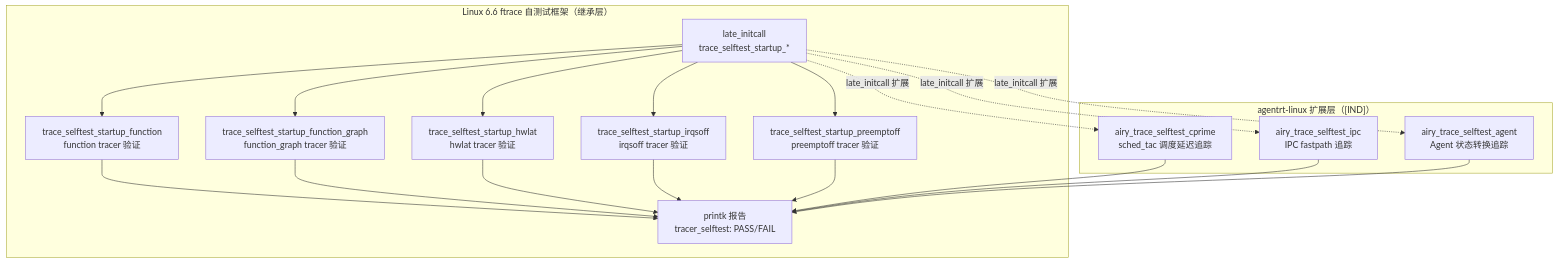
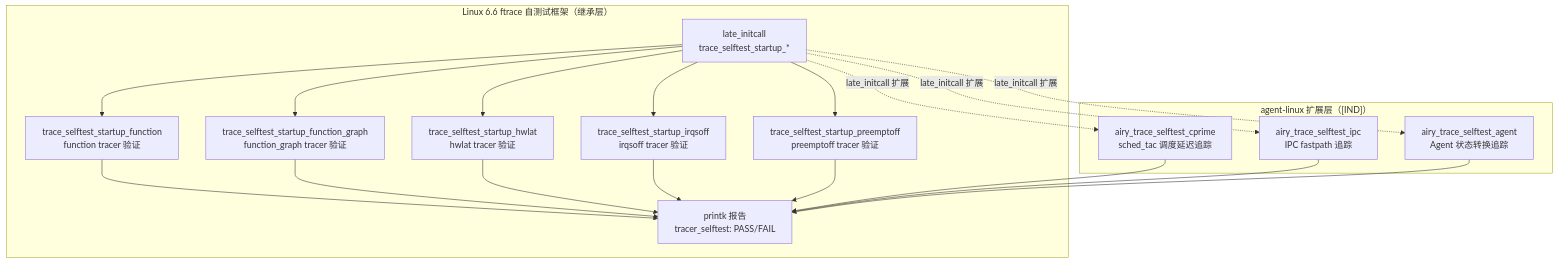
One commit to openairymax/docs-linux changed the diagram in 80-testing/07-ftrace-selftest.md. Above: the diagram before and after it, drawn with Mermaid. The commit also changed other lines of this file and 172 other files, not shown here.

Commit message:
docs: rename agentrt-linux to agent-linux across docs v0.1.3 双工程结构：agentrt-linux 改名 agent-linux。docs 全仓 186 个 文件中的 agentrt-linux 引用统一为 agent-linux（AirymaxOS 工程名/ URL/路径引用；commit hash 与历史不变）。

````diff
--- a/80-testing/07-ftrace-selftest.md
+++ b/80-testing/07-ftrace-selftest.md
@@ -47,33 +47,33 @@
 ```mermaid
 flowchart TB
     subgraph "Linux 6.6 ftrace 自测试框架（继承层）"
         A["late_initcall<br/>trace_selftest_startup_*"]
         B1["trace_selftest_startup_function<br/>function tracer 验证"]
         B2["trace_selftest_startup_function_graph<br/>function_graph tracer 验证"]
         B3["trace_selftest_startup_hwlat<br/>hwlat tracer 验证"]
         B4["trace_selftest_startup_irqsoff<br/>irqsoff tracer 验证"]
         B5["trace_selftest_startup_preemptoff<br/>preemptoff tracer 验证"]
         C["printk 报告<br/>tracer_selftest: PASS/FAIL"]
     end
     A --> B1
     A --> B2
     A --> B3
     A --> B4
     A --> B5
     B1 --> C
     B2 --> C
     B3 --> C
     B4 --> C
     B5 --> C
-    subgraph "agentrt-linux 扩展层（[IND]）"
+    subgraph "agent-linux 扩展层（[IND]）"
         D["airy_trace_selftest_cprime<br/>sched_tac 调度延迟追踪"]
         E["airy_trace_selftest_ipc<br/>IPC fastpath 追踪"]
         F["airy_trace_selftest_agent<br/>Agent 状态转换追踪"]
     end
     A -.->|late_initcall 扩展| D
     A -.->|late_initcall 扩展| E
     A -.->|late_initcall 扩展| F
     D --> C
     E --> C
     F --> C
 ```
````
